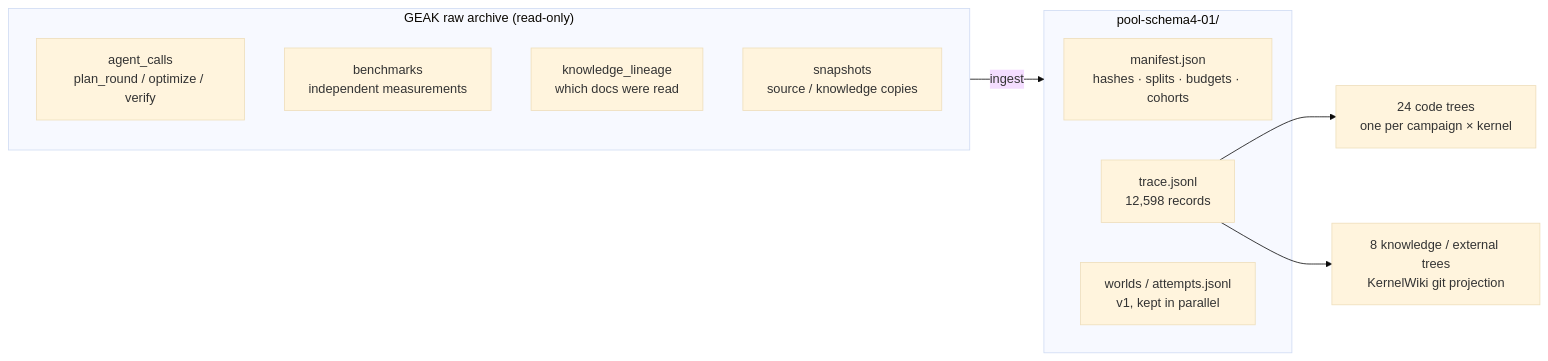
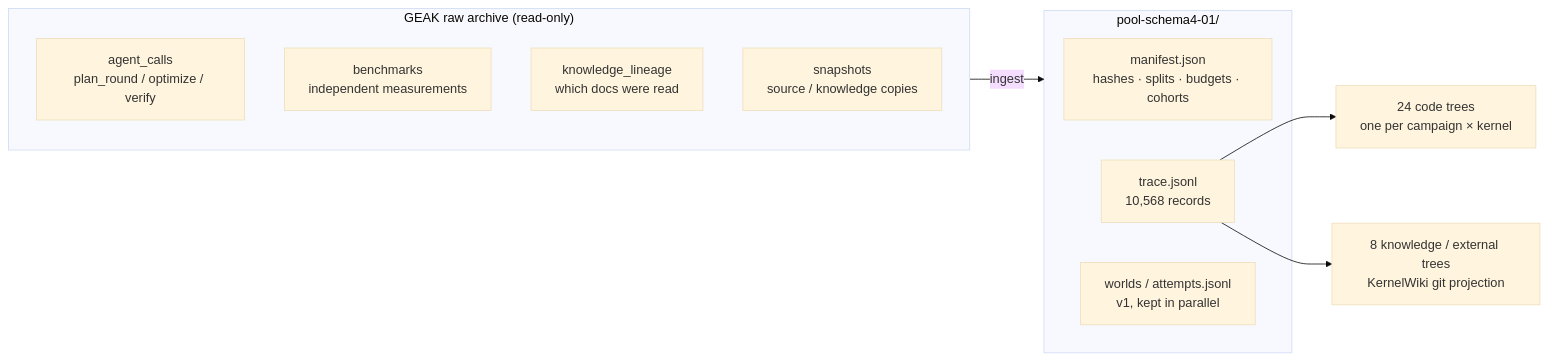
One commit to zepingl/KernelWiki-RSI changed the first of 6 diagrams in kernel_workflow/rsi/docs/KernelWiki-RSI-v2/replay-buffer-canvas.md. Above: the diagram before and after it, drawn with Mermaid (base theme). The commit also changed other lines of this file and 11 other files, not shown here.

````diff
--- a/kernel_workflow/rsi/docs/KernelWiki-RSI-v2/replay-buffer-canvas.md
+++ b/kernel_workflow/rsi/docs/KernelWiki-RSI-v2/replay-buffer-canvas.md
@@ -14,17 +14,17 @@
 ```mermaid
 flowchart LR
   subgraph RAW["GEAK raw archive (read-only)"]
     A1["agent_calls<br/>plan_round / optimize / verify"]
     A2["benchmarks<br/>independent measurements"]
     A3["knowledge_lineage<br/>which docs were read"]
     A4["snapshots<br/>source / knowledge copies"]
   end
   subgraph POOL["pool-schema4-01/"]
     M["manifest.json<br/>hashes · splits · budgets · cohorts"]
-    T["trace.jsonl<br/>12,598 records"]
+    T["trace.jsonl<br/>10,568 records"]
     W["worlds / attempts.jsonl<br/>v1, kept in parallel"]
   end
   RAW -- ingest --> POOL
   T --> CT["24 code trees<br/>one per campaign × kernel"]
   T --> KT["8 knowledge / external trees<br/>KernelWiki git projection"]
 ```
````
